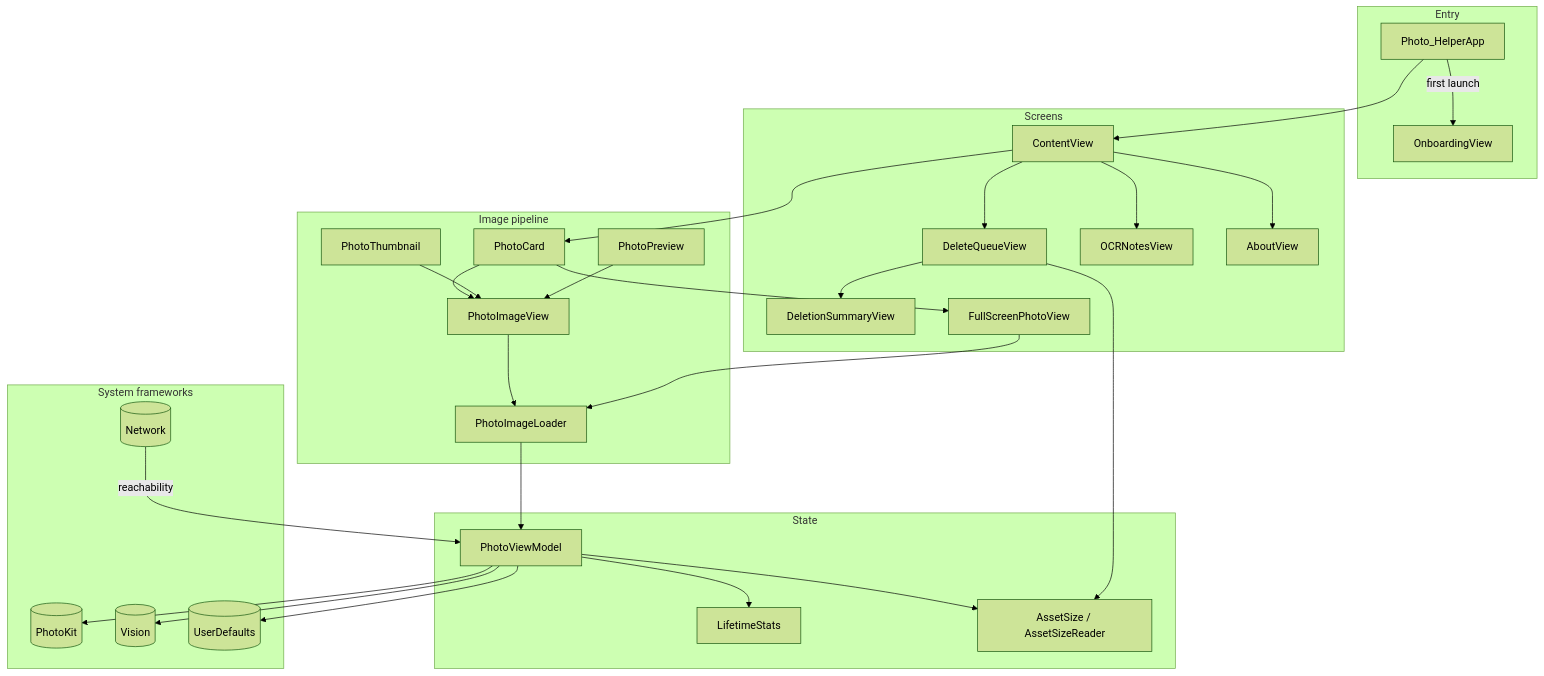
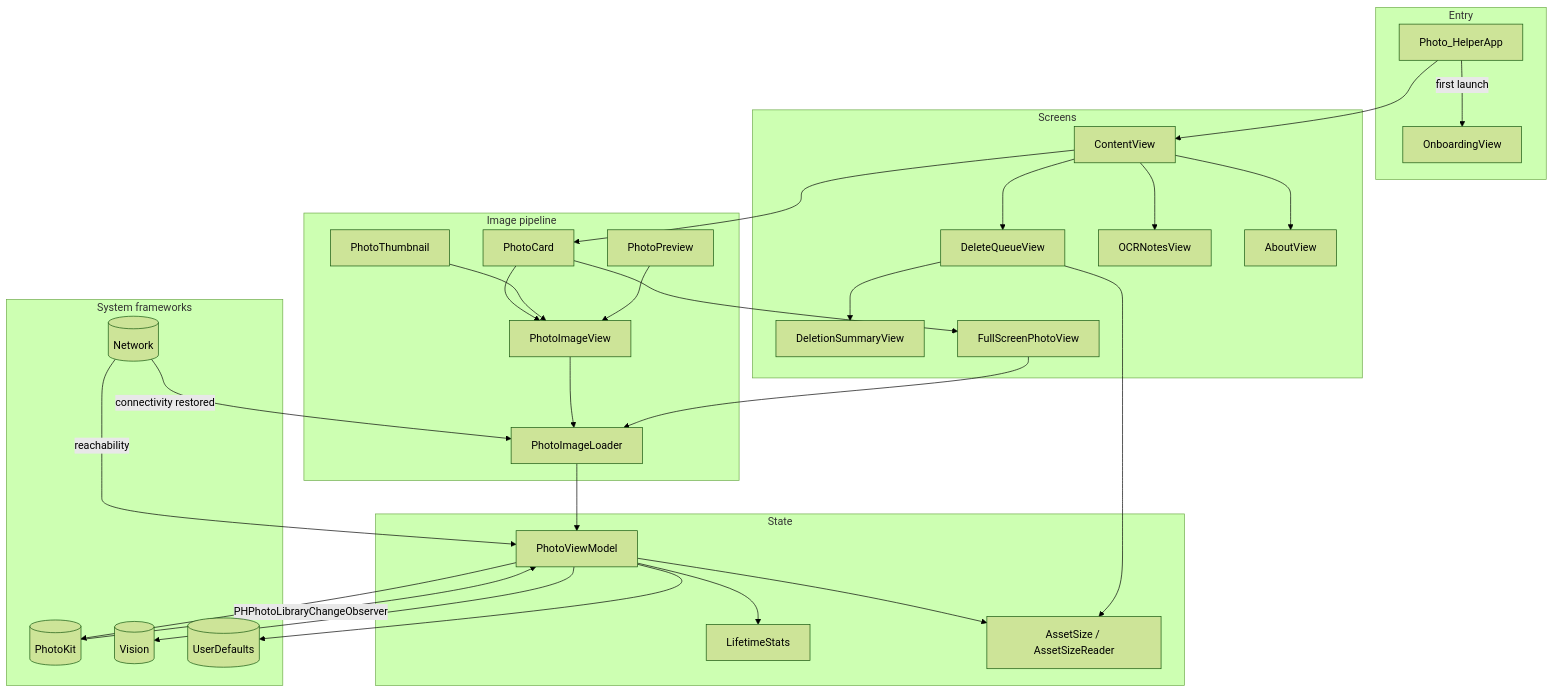
Before and after one commit to Technical-1/All-About-Me: the diagram in public/data/portfolio/PixScan/architecture.md, drawn with Mermaid (forest theme). The commit also changed other lines of this file and 63 other files, not shown here.

````diff
--- a/public/data/portfolio/PixScan/architecture.md
+++ b/public/data/portfolio/PixScan/architecture.md
@@ -5,52 +5,54 @@
 ```mermaid
 flowchart TD
     subgraph Entry
         APP[Photo_HelperApp]
         OB[OnboardingView]
     end
 
     subgraph Screens["Screens"]
         CV[ContentView]
         DQ[DeleteQueueView]
         OCRN[OCRNotesView]
         SUM[DeletionSummaryView]
         ABOUT[AboutView]
         FSPV[FullScreenPhotoView]
     end
 
     subgraph Imaging["Image pipeline"]
         LOADER[PhotoImageLoader]
         PIV[PhotoImageView]
         CARD[PhotoCard]
         THUMB[PhotoThumbnail]
         PREV[PhotoPreview]
     end
 
     subgraph Model["State"]
         PVM[PhotoViewModel]
         STATS[LifetimeStats]
         SIZE[AssetSize / AssetSizeReader]
     end
 
     subgraph Platform["System frameworks"]
         PK[(PhotoKit)]
         VIS[(Vision)]
         NET[(Network)]
         UD[(UserDefaults)]
     end
 
     APP -->|first launch| OB
     APP --> CV
     CV --> DQ & OCRN & ABOUT & CARD
     DQ --> SUM
     CARD --> PIV & FSPV
     THUMB --> PIV
     PREV --> PIV
     PIV --> LOADER
     FSPV --> LOADER
     LOADER --> PVM
     PVM --> PK & VIS & UD
     PVM --> STATS & SIZE
+    PK -->|PHPhotoLibraryChangeObserver| PVM
     NET -->|reachability| PVM
+    NET -->|connectivity restored| LOADER
     DQ --> SIZE
 ```
````
